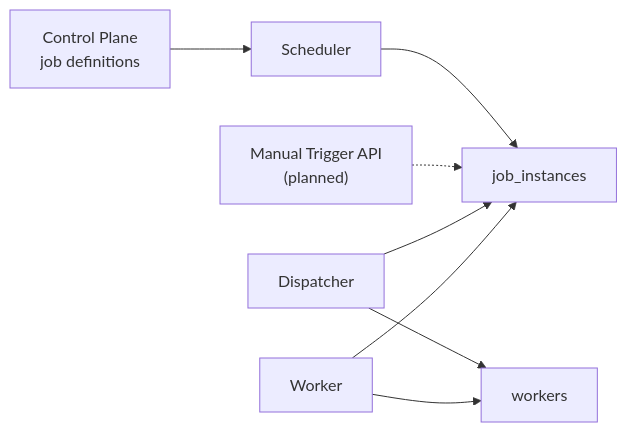
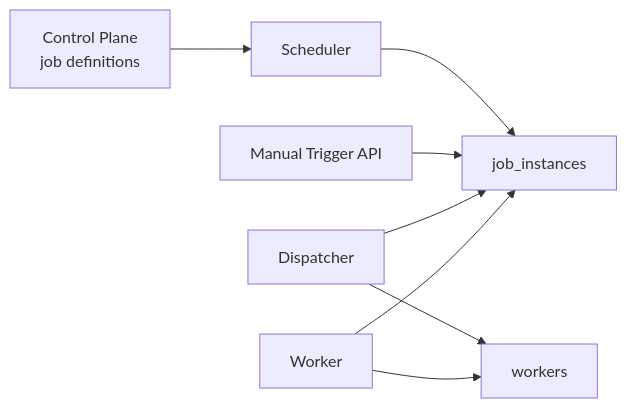
Before and after one commit to s3loy/orbitjob: the first of 2 diagrams in docs/execution-plane.en.md, drawn with Mermaid. The commit also changed other lines of this file and 1 other file, not shown here.

First line of the commit message:
docs(execution-plane): fix stale Mermaid diagram and handler_type reference

````diff
--- a/docs/execution-plane.en.md
+++ b/docs/execution-plane.en.md
@@ -30,10 +30,10 @@
 ```mermaid
 flowchart LR
     Control["Control Plane<br/>job definitions"] --> Scheduler["Scheduler"]
     Scheduler --> InstanceRepo["job_instances"]
-    Manual["Manual Trigger API<br/>(planned)"] -.-> InstanceRepo
+    Manual["Manual Trigger API"] --> InstanceRepo
     Dispatcher["Dispatcher"] --> InstanceRepo
     Dispatcher --> WorkerRepo["workers"]
     Worker["Worker"] --> WorkerRepo
     Worker --> InstanceRepo
 ```
````
